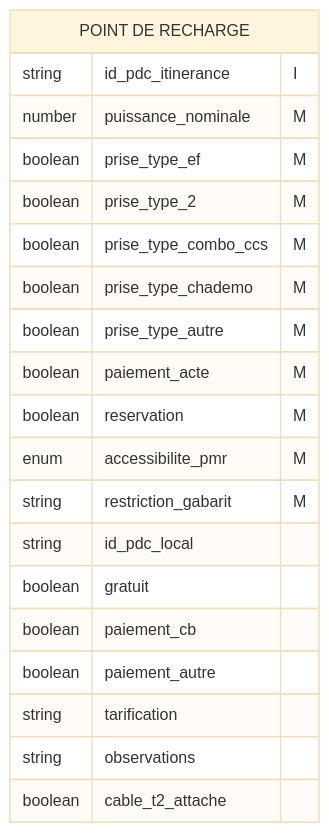
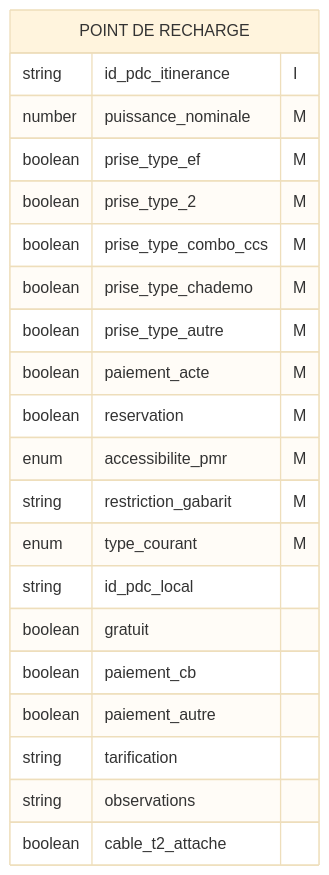
Before and after one commit to MTES-MCT/qualicharge: diagram 13 of 16 in docs/modele.md, drawn with Mermaid (base theme). The commit also changed other lines of this file, not shown here.

````diff
--- a/docs/modele.md
+++ b/docs/modele.md
@@ -288,23 +293,24 @@
 ```mermaid
 erDiagram
 "POINT DE RECHARGE" {
     string id_pdc_itinerance "I"
     number puissance_nominale "M"
     boolean prise_type_ef "M"
     boolean prise_type_2 "M" 
     boolean prise_type_combo_ccs "M"
     boolean prise_type_chademo "M"
     boolean prise_type_autre "M"
     boolean paiement_acte "M"
     boolean reservation "M"
     enum    accessibilite_pmr "M"
     string  restriction_gabarit "M"
+    enum    type_courant "M"
     string  id_pdc_local
     boolean gratuit
     boolean paiement_cb
     boolean paiement_autre
     string  tarification
     string  observations
     boolean cable_t2_attache
   }
 ```
````
